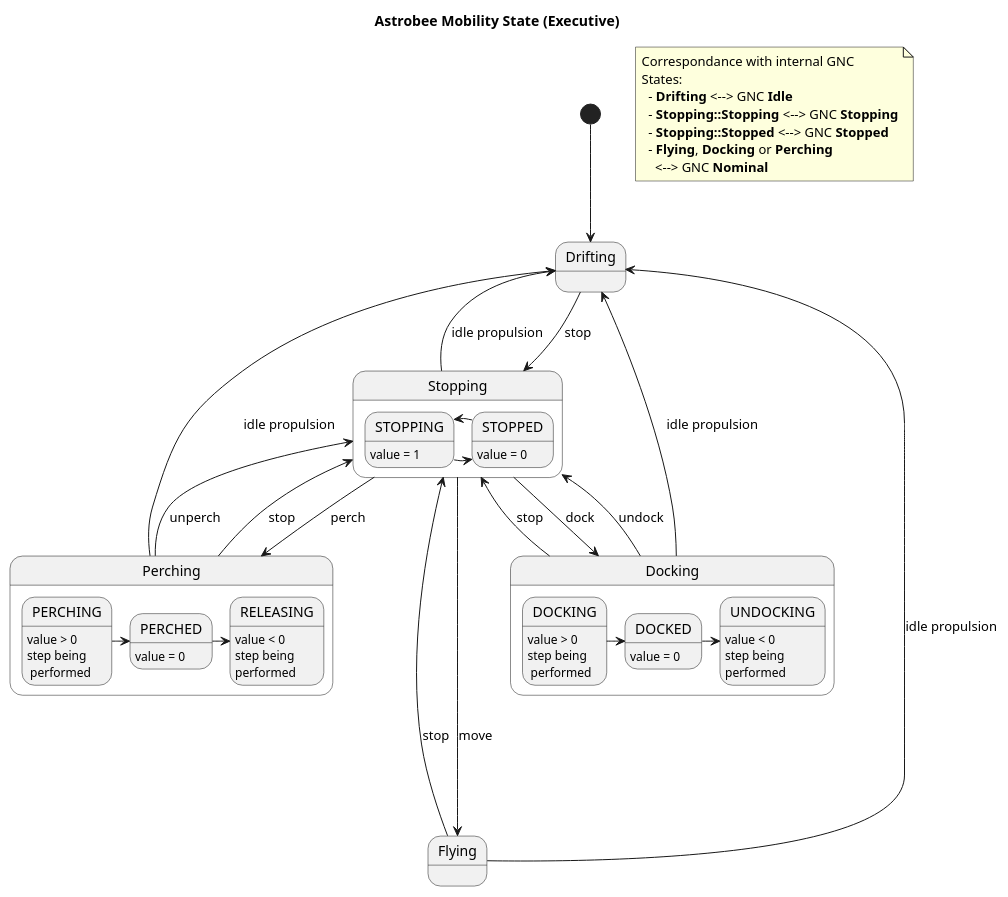
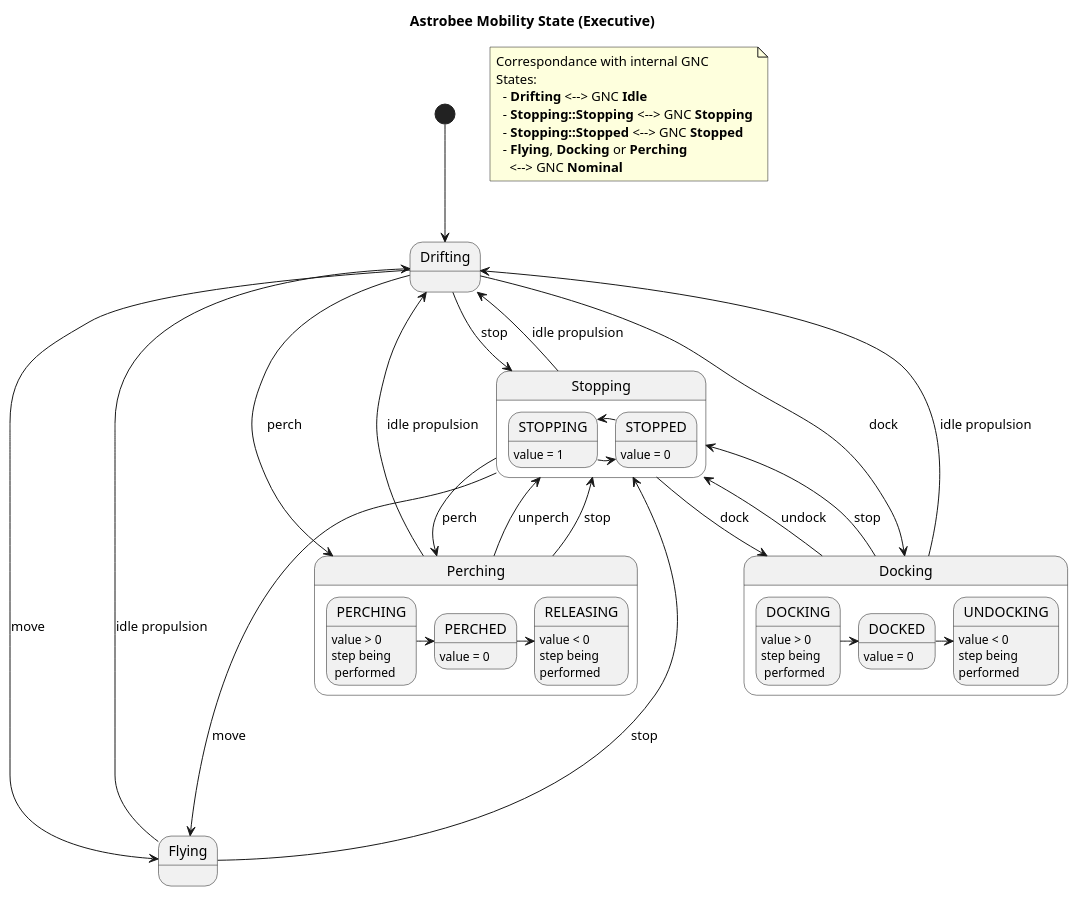
The diagram in doc/diagrams/MobilityState.puml (nasa/astrobee), drawn with PlantUML before and after one commit. The commit also changed 185 other files, not shown here.

```diff
--- a/doc/diagrams/MobilityState.puml
+++ b/doc/diagrams/MobilityState.puml
@@ -1,81 +1,87 @@
 @startuml
 
 'skinparam dpi 300
 
 title Astrobee Mobility State (Executive)
 
 [*] --> Drifting
 
 Drifting --> Stopping : stop
+Drifting --> Flying : move
+Drifting --> Docking : dock
+Drifting --> Perching : perch
+
 Stopping ----> Flying : move
-
 Stopping --> Docking : dock
 Stopping --> Perching : perch
 Stopping --> Drifting : idle propulsion
+
 Perching --> Stopping : unperch
 Perching --> Stopping: stop
+Perching --> Drifting : idle propulsion
+
+Docking --> Drifting : idle propulsion
 Docking --> Stopping : undock
 Docking --> Stopping : stop
+
 Flying --> Stopping : stop
 Flying --> Drifting : idle propulsion
-Perching --> Drifting : idle propulsion
-Docking --> Drifting : idle propulsion
 
 
 state Stopping {
   STOPPING -> STOPPED
   STOPPED -> STOPPING
   STOPPED: value = 0
   STOPPING: value = 1
 }
 
 state Docking {
   DOCKING -> DOCKED
   DOCKED -> UNDOCKING
   DOCKED: value = 0
   DOCKING: value > 0
   DOCKING: step being \n performed
   UNDOCKING: value < 0
   UNDOCKING: step being \nperformed
 }
 
 state Perching {
   PERCHING -> PERCHED
   PERCHED -> RELEASING
   PERCHED: value = 0
   PERCHING: value > 0
   PERCHING: step being \n performed
   RELEASING: value < 0
   RELEASING: step being \nperformed
 }
 
 note as GNC
 Correspondance with internal GNC
 States:
   - <b>Drifting</b> <--> GNC <b>Idle</b>
   - <b>Stopping::Stopping</b> <--> GNC <b>Stopping</b>
   - <b>Stopping::Stopped</b> <--> GNC <b>Stopped</b>
   - <b>Flying</b>, <b>Docking</b> or <b>Perching</b>
     <--> GNC <b>Nominal</b>
 end note
 
 'Flying - N1
 'Perching - N1
 
 /'
 state Docking {
   DOCK_APPROACH -left-> ENGAGE
   ENGAGE --> DOCKED
   DOCKED --> UNLATCH
   UNLATCH -> DOCK_LEAVING
 }
 
 state Perching {
   PERCH_APPROACH -right-> GRASPING
   GRASPING --> PERCHED
   PERCHED --> RELEASING
   RELEASING -left-> PERCH_LEAVING
 }
 '/
 
 @enduml
```
